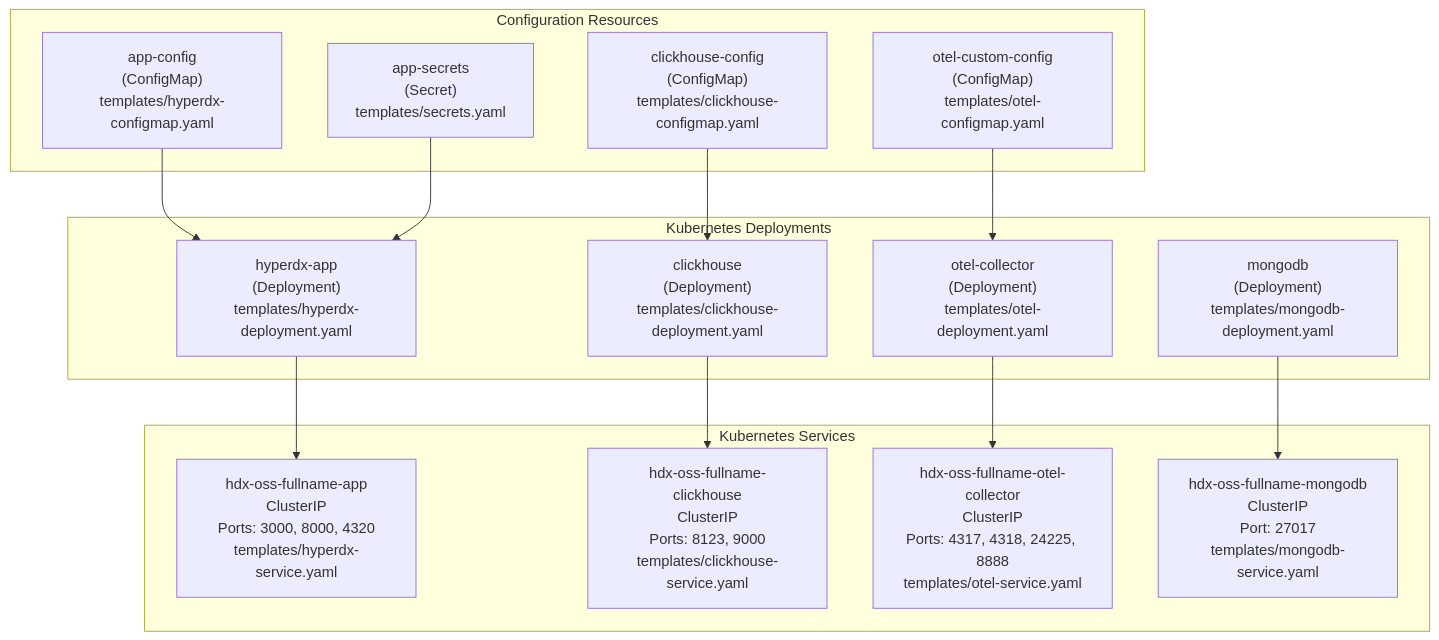
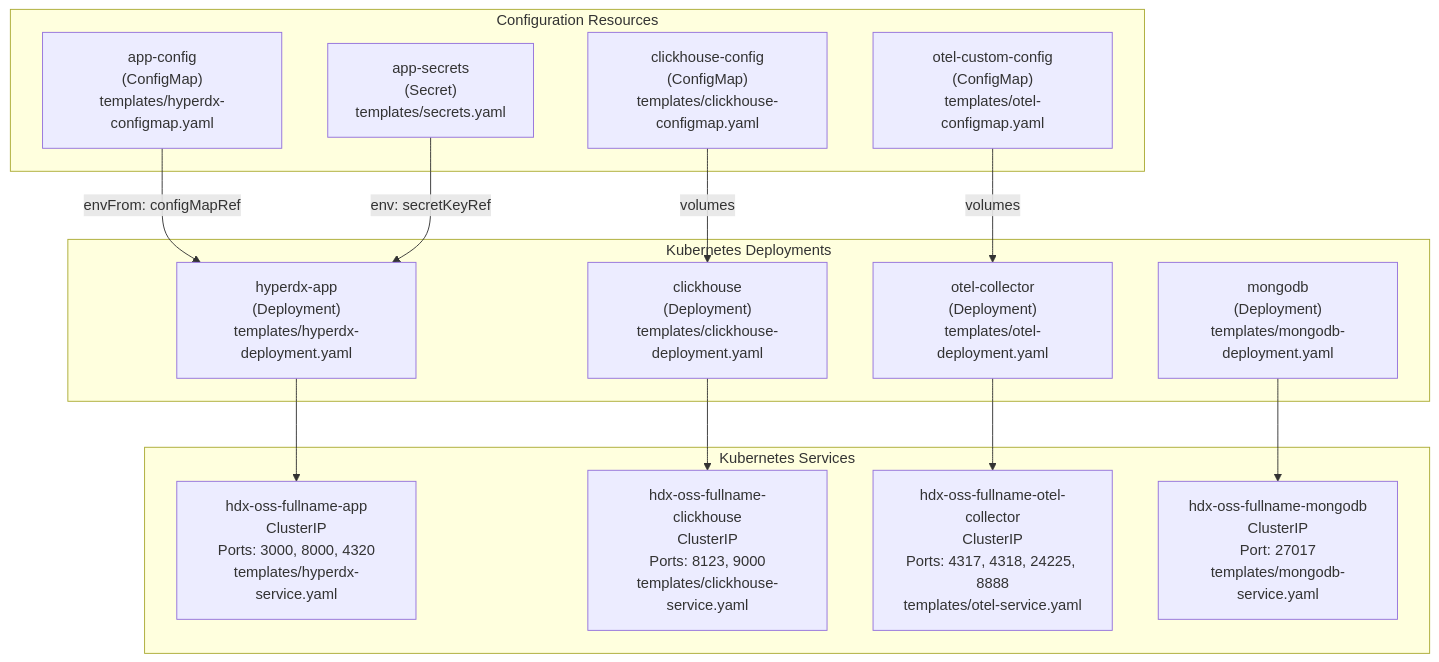
Before and after one commit to openchoreo/openchoreo: the first of 9 diagrams in docs/hyperdxio-helm-charts-docs/System-Architecture.md, drawn with Mermaid. The commit also changed other lines of this file and 85 other files, not shown here.

Commit message:
feat: Add new workflow and specification templates, update Helm chart dependencies, and clarify documentation diagrams.

````diff
--- a/docs/hyperdxio-helm-charts-docs/System-Architecture.md
+++ b/docs/hyperdxio-helm-charts-docs/System-Architecture.md
@@ -20,46 +20,46 @@
 ```mermaid
 flowchart TD
 
 HyperdxDep["hyperdx-app<br>(Deployment)<br>templates/hyperdx-deployment.yaml"]
 ClickhouseDep["clickhouse<br>(Deployment)<br>templates/clickhouse-deployment.yaml"]
 OtelDep["otel-collector<br>(Deployment)<br>templates/otel-deployment.yaml"]
 MongodbDep["mongodb<br>(Deployment)<br>templates/mongodb-deployment.yaml"]
 HyperdxSvc["hdx-oss-fullname-app<br>ClusterIP<br>Ports: 3000, 8000, 4320<br>templates/hyperdx-service.yaml"]
 ClickhouseSvc["hdx-oss-fullname-clickhouse<br>ClusterIP<br>Ports: 8123, 9000<br>templates/clickhouse-service.yaml"]
 OtelSvc["hdx-oss-fullname-otel-collector<br>ClusterIP<br>Ports: 4317, 4318, 24225, 8888<br>templates/otel-service.yaml"]
 MongodbSvc["hdx-oss-fullname-mongodb<br>ClusterIP<br>Port: 27017<br>templates/mongodb-service.yaml"]
 AppConfig["app-config<br>(ConfigMap)<br>templates/hyperdx-configmap.yaml"]
 AppSecrets["app-secrets<br>(Secret)<br>templates/secrets.yaml"]
 ClickhouseConfig["clickhouse-config<br>(ConfigMap)<br>templates/clickhouse-configmap.yaml"]
 OtelConfig["otel-custom-config<br>(ConfigMap)<br>templates/otel-configmap.yaml"]
 
 HyperdxDep --> HyperdxSvc
 ClickhouseDep --> ClickhouseSvc
 OtelDep --> OtelSvc
 MongodbDep --> MongodbSvc
-AppConfig --> HyperdxDep
-AppSecrets --> HyperdxDep
-ClickhouseConfig --> ClickhouseDep
-OtelConfig --> OtelDep
+AppConfig -->|"envFrom: configMapRef"| HyperdxDep
+AppSecrets -->|"env: secretKeyRef"| HyperdxDep
+ClickhouseConfig -->|"volumes"| ClickhouseDep
+OtelConfig -->|"volumes"| OtelDep
 
 subgraph subGraph2 ["Configuration Resources"]
     AppConfig
     AppSecrets
     ClickhouseConfig
     OtelConfig
 end
 
 subgraph subGraph1 ["Kubernetes Services"]
     HyperdxSvc
     ClickhouseSvc
     OtelSvc
     MongodbSvc
 end
 
 subgraph subGraph0 ["Kubernetes Deployments"]
     HyperdxDep
     ClickhouseDep
     OtelDep
     MongodbDep
 end
 ```
````
